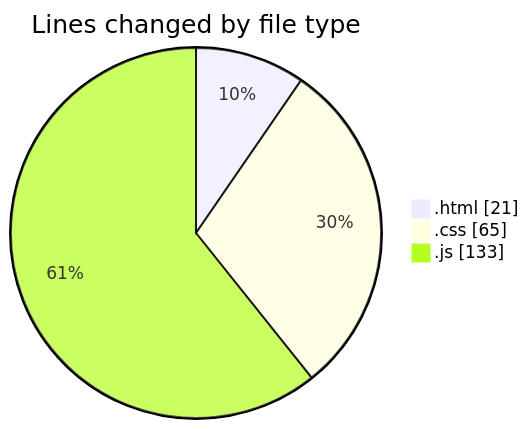
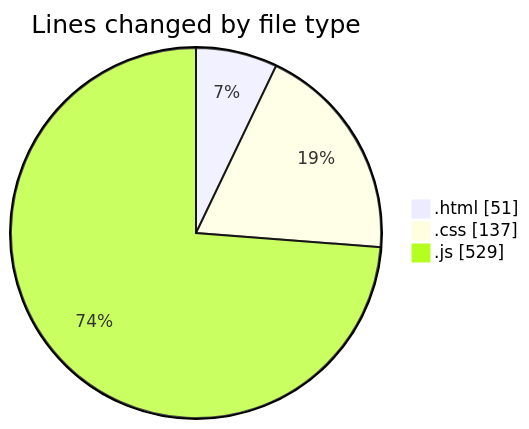
Before and after one commit to robertbonfada/code-tracking: the first of 2 diagrams in 2025-03-03/snake-game/README.md, drawn with Mermaid. The commit also changed other lines of this file and 1 other file, not shown here.

````diff
--- a/2025-03-03/snake-game/README.md
+++ b/2025-03-03/snake-game/README.md
@@ -22,7 +22,7 @@
 ```mermaid
 pie showData
 title Lines changed by file type
-".html" : 21
-".css" : 65
-".js" : 133
+".html" : 51
+".css" : 137
+".js" : 529
 ```
````
